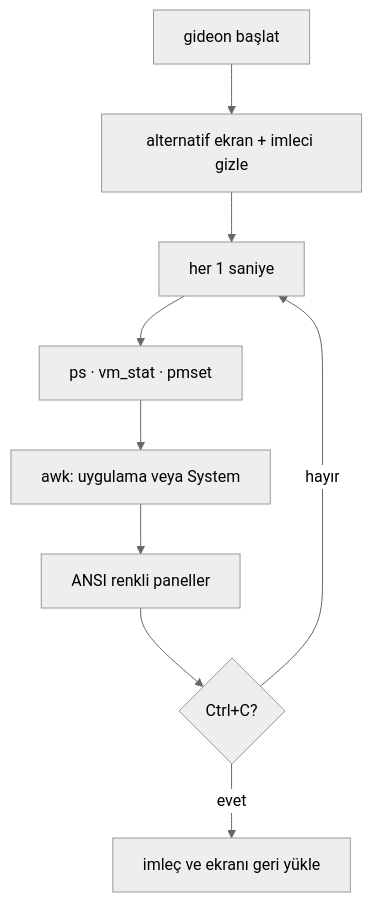
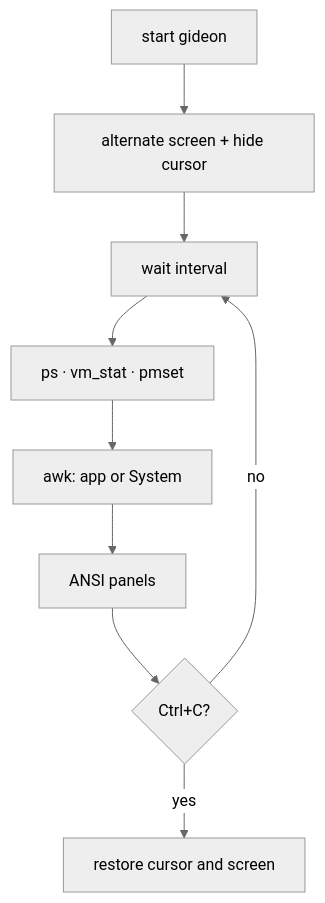
One commit to boracomet/gideon-monitor changed the first of 3 diagrams in README.md. Above: the diagram before and after it, drawn with Mermaid (neutral theme). The commit also changed other lines of this file and 2 other files, not shown here.

First line of the commit message:
Add bilingual TR/EN UI, README language tabs, and clickable refresh interval.

````diff
--- a/README.md
+++ b/README.md
@@ -56,11 +64,11 @@
 ```mermaid
 flowchart TD
-  start[gideon başlat] --> alt[alternatif ekran + imleci gizle]
-  alt --> loop[her 1 saniye]
+  start[start gideon] --> alt[alternate screen + hide cursor]
+  alt --> loop[wait interval]
   loop --> collect["ps · vm_stat · pmset"]
-  collect --> group[awk: uygulama veya System]
-  group --> draw[ANSI renkli paneller]
+  collect --> group[awk: app or System]
+  group --> draw[ANSI panels]
   draw --> wait{Ctrl+C?}
-  wait -->|hayır| loop
-  wait -->|evet| restore[imleç ve ekranı geri yükle]
+  wait -->|no| loop
+  wait -->|yes| restore[restore cursor and screen]
 ```
````
